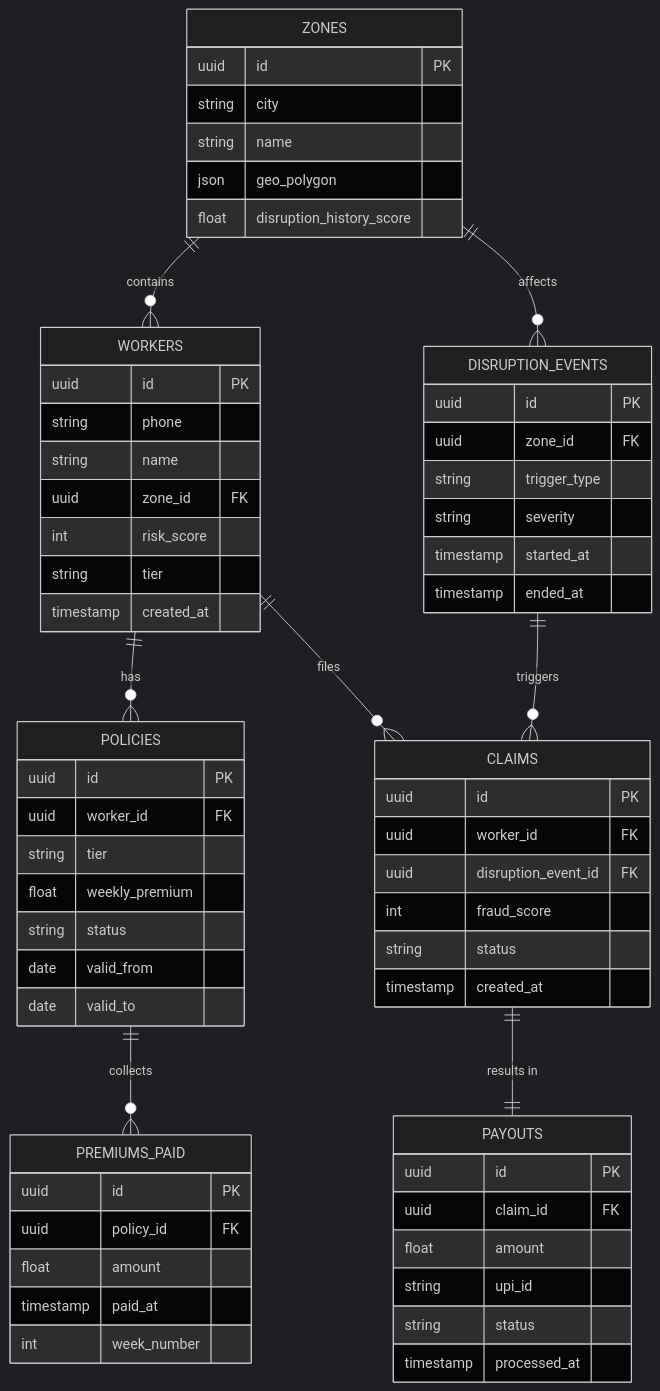
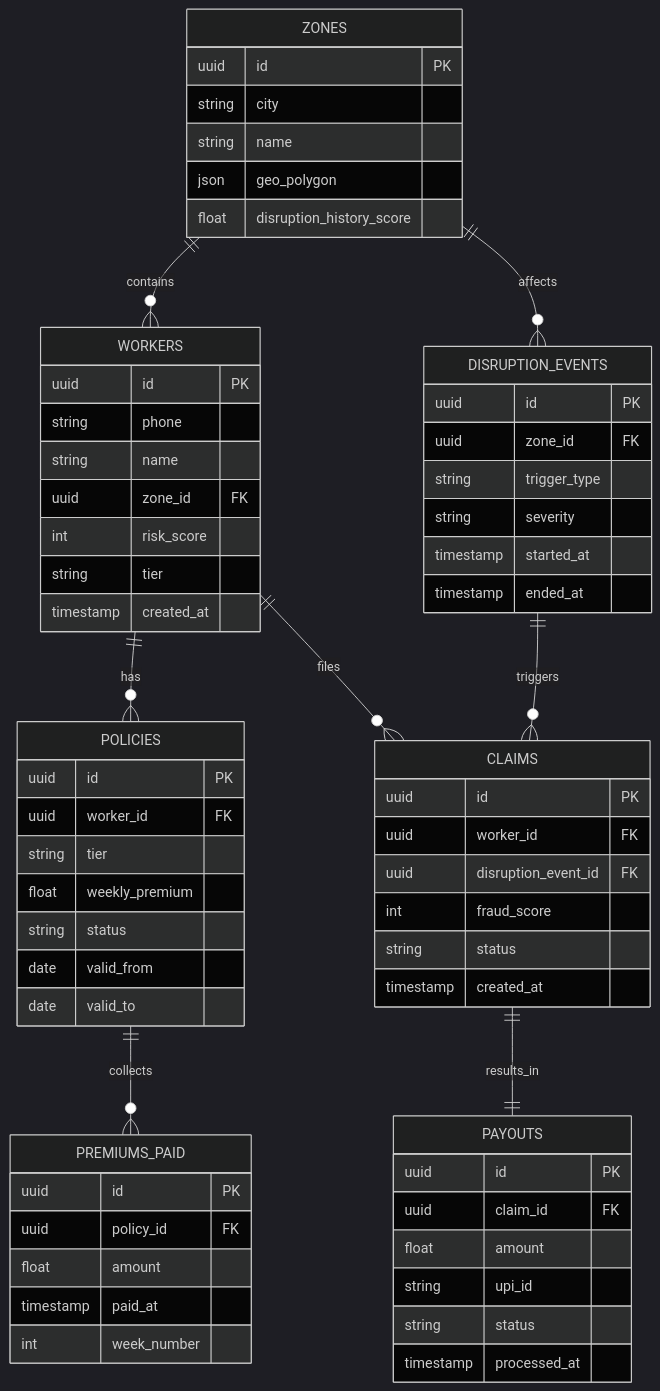
The sixth of 6 diagrams in README.md (Ryuga-Mvp/GigShield), drawn with Mermaid (dark theme) before and after one commit. The commit also changed other lines of this file, not shown here.

````diff
--- a/README.md
+++ b/README.md
@@ -341,73 +348,73 @@
 ```mermaid
 erDiagram
     WORKERS {
         uuid id PK
         string phone
         string name
         uuid zone_id FK
         int risk_score
         string tier
         timestamp created_at
     }
 
     ZONES {
         uuid id PK
         string city
         string name
         json geo_polygon
         float disruption_history_score
     }
 
     POLICIES {
         uuid id PK
         uuid worker_id FK
         string tier
         float weekly_premium
         string status
         date valid_from
         date valid_to
     }
 
     PREMIUMS_PAID {
         uuid id PK
         uuid policy_id FK
         float amount
         timestamp paid_at
         int week_number
     }
 
     DISRUPTION_EVENTS {
         uuid id PK
         uuid zone_id FK
         string trigger_type
         string severity
         timestamp started_at
         timestamp ended_at
     }
 
     CLAIMS {
         uuid id PK
         uuid worker_id FK
         uuid disruption_event_id FK
         int fraud_score
         string status
         timestamp created_at
     }
 
     PAYOUTS {
         uuid id PK
         uuid claim_id FK
         float amount
         string upi_id
         string status
         timestamp processed_at
     }
 
-    WORKERS ||--o{ POLICIES : "has"
-    WORKERS ||--o{ CLAIMS : "files"
-    ZONES ||--o{ WORKERS : "contains"
-    ZONES ||--o{ DISRUPTION_EVENTS : "affects"
-    POLICIES ||--o{ PREMIUMS_PAID : "collects"
-    DISRUPTION_EVENTS ||--o{ CLAIMS : "triggers"
-    CLAIMS ||--|| PAYOUTS : "results in"
+    WORKERS ||--o{ POLICIES : has
+    WORKERS ||--o{ CLAIMS : files
+    ZONES ||--o{ WORKERS : contains
+    ZONES ||--o{ DISRUPTION_EVENTS : affects
+    POLICIES ||--o{ PREMIUMS_PAID : collects
+    DISRUPTION_EVENTS ||--o{ CLAIMS : triggers
+    CLAIMS ||--|| PAYOUTS : results_in
 ```
````
